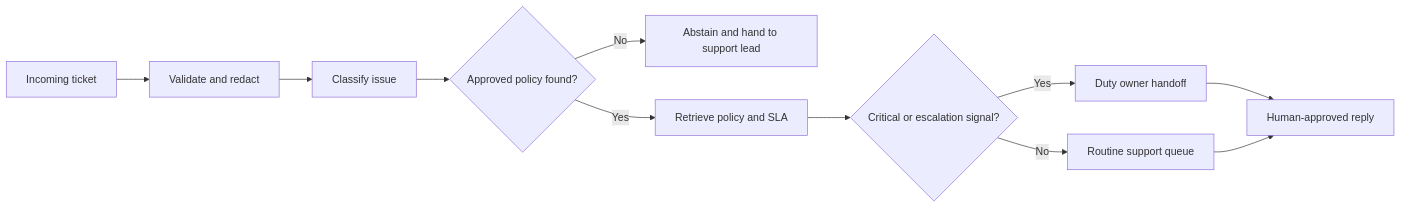
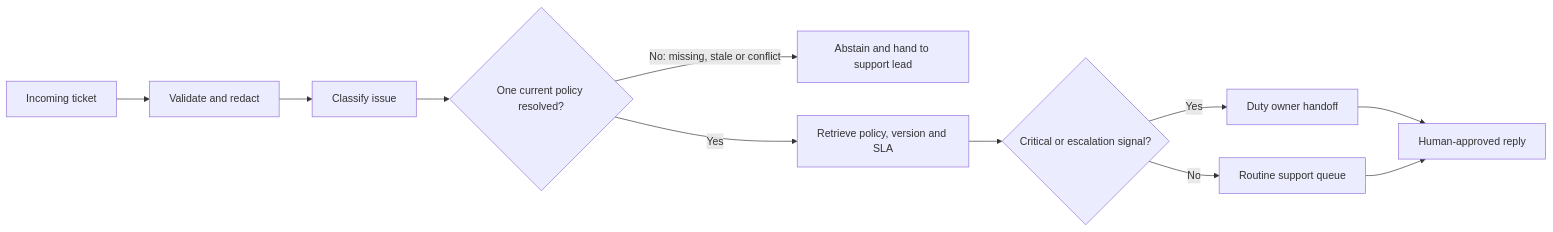
One commit to magicyao2028-pixel/customer-service-agent changed the diagram in README.md. Above: the diagram before and after it, drawn with Mermaid. The commit also changed other lines of this file and 25 other files, not shown here.

````diff
--- a/README.md
+++ b/README.md
@@ -40,13 +42,13 @@
 ```mermaid
 flowchart LR
     T[Incoming ticket] --> V[Validate and redact]
     V --> C[Classify issue]
-    C --> P{Approved policy found?}
-    P -->|No| H[Abstain and hand to support lead]
-    P -->|Yes| R[Retrieve policy and SLA]
+    C --> P{One current policy resolved?}
+    P -->|No: missing, stale or conflict| H[Abstain and hand to support lead]
+    P -->|Yes| R[Retrieve policy, version and SLA]
     R --> E{Critical or escalation signal?}
     E -->|Yes| D[Duty owner handoff]
     E -->|No| Q[Routine support queue]
     D --> A[Human-approved reply]
     Q --> A
 ```
````
